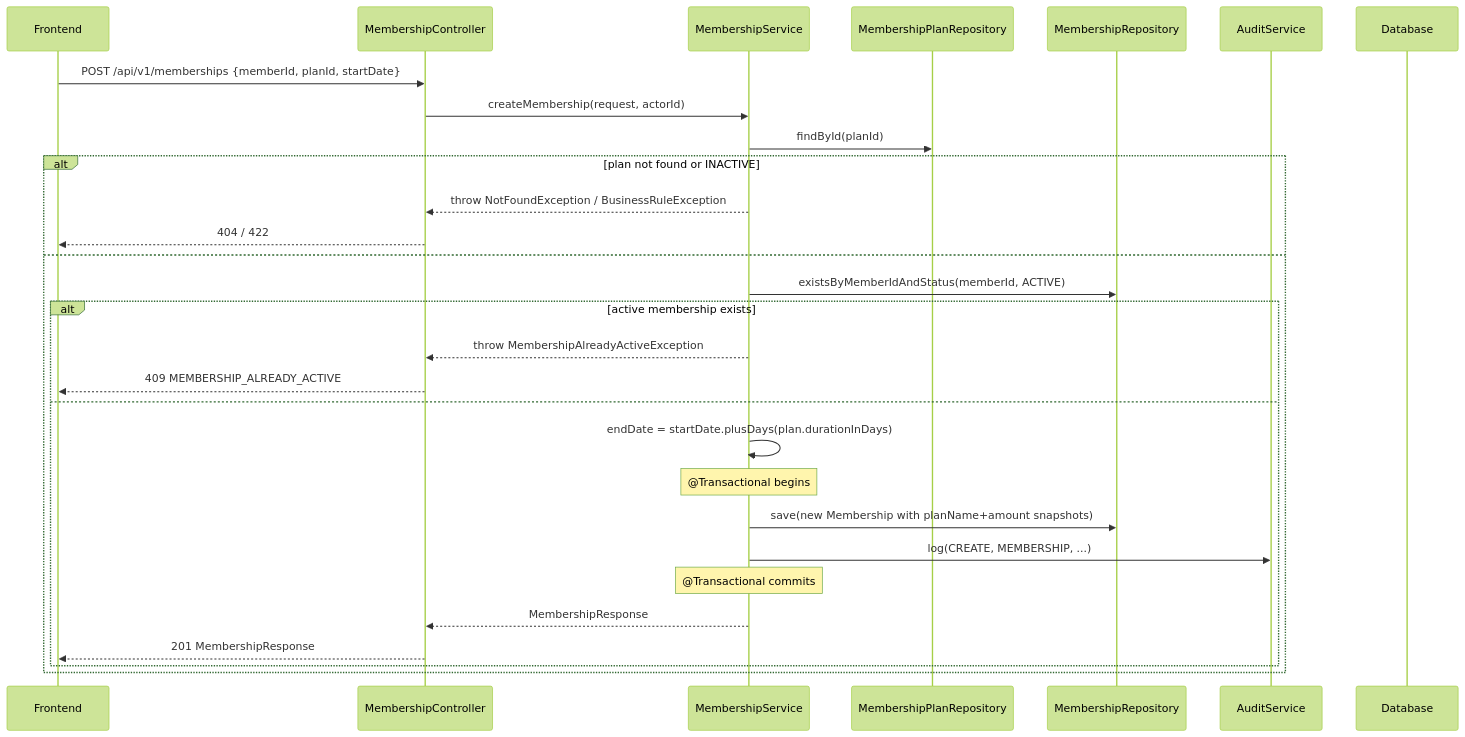
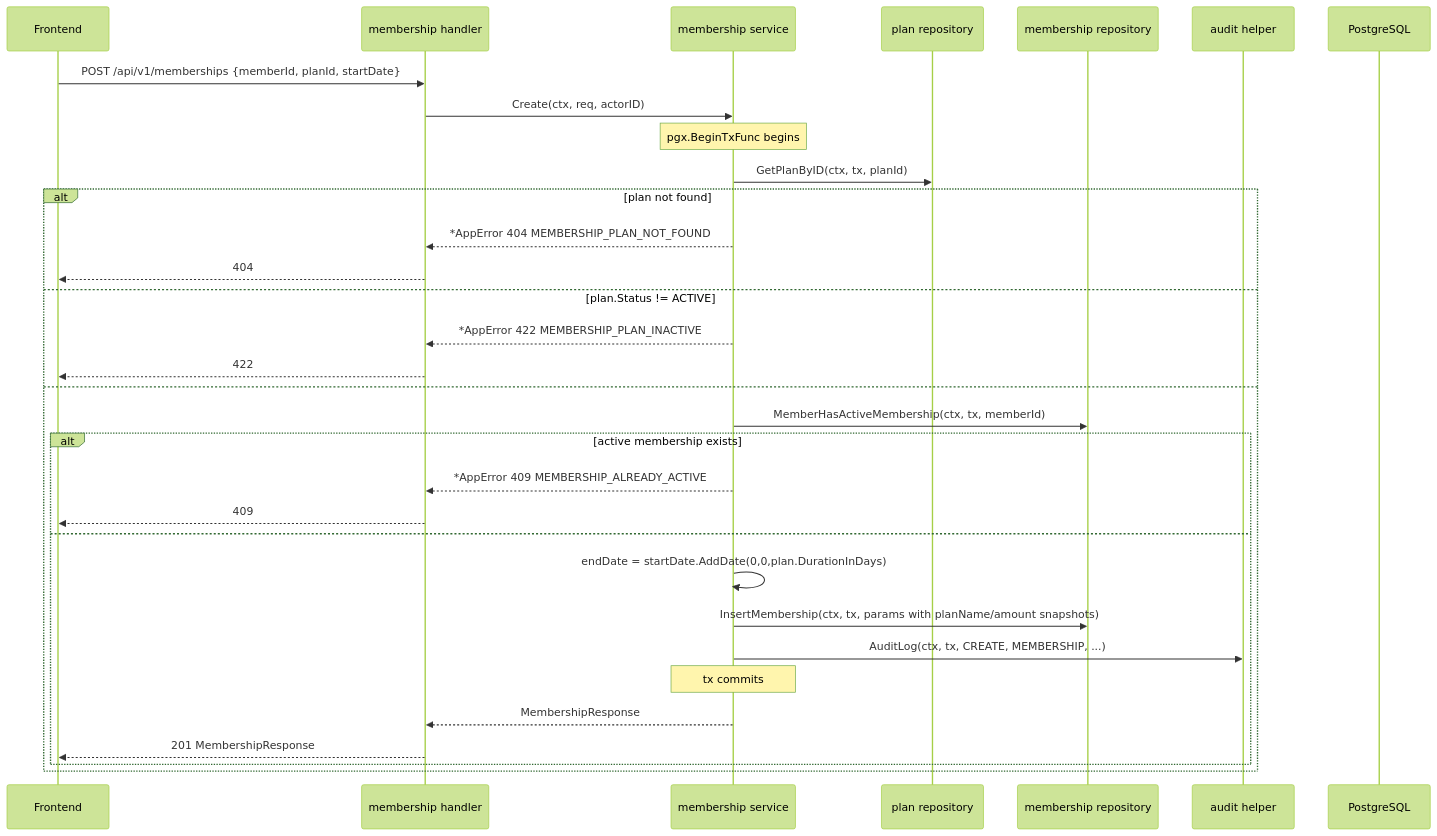
The second of 5 diagrams in backend/docs/06-backend-lld.md (sidpd51/gym-app), drawn with Mermaid (forest theme) before and after one commit. The commit also changed other lines of this file and 5 other files, not shown here.

Commit message:
Migrate backend architecture documentation from Java/Spring Boot to Go

````diff
--- a/backend/docs/06-backend-lld.md
+++ b/backend/docs/06-backend-lld.md
@@ -724,32 +734,35 @@
 ```mermaid
 sequenceDiagram
     participant FE as Frontend
-    participant C as MembershipController
-    participant S as MembershipService
-    participant PR as MembershipPlanRepository
-    participant MR as MembershipRepository
-    participant A as AuditService
-    participant DB as Database
+    participant H as membership handler
+    participant S as membership service
+    participant PR as plan repository
+    participant MR as membership repository
+    participant A as audit helper
+    participant DB as PostgreSQL
 
-    FE->>C: POST /api/v1/memberships {memberId, planId, startDate}
-    C->>S: createMembership(request, actorId)
-    S->>PR: findById(planId)
-    alt plan not found or INACTIVE
-        S-->>C: throw NotFoundException / BusinessRuleException
-        C-->>FE: 404 / 422
+    FE->>H: POST /api/v1/memberships {memberId, planId, startDate}
+    H->>S: Create(ctx, req, actorID)
+    note over S: pgx.BeginTxFunc begins
+    S->>PR: GetPlanByID(ctx, tx, planId)
+    alt plan not found
+        S-->>H: *AppError 404 MEMBERSHIP_PLAN_NOT_FOUND
+        H-->>FE: 404
+    else plan.Status != ACTIVE
+        S-->>H: *AppError 422 MEMBERSHIP_PLAN_INACTIVE
+        H-->>FE: 422
     else
-        S->>MR: existsByMemberIdAndStatus(memberId, ACTIVE)
+        S->>MR: MemberHasActiveMembership(ctx, tx, memberId)
         alt active membership exists
-            S-->>C: throw MembershipAlreadyActiveException
-            C-->>FE: 409 MEMBERSHIP_ALREADY_ACTIVE
+            S-->>H: *AppError 409 MEMBERSHIP_ALREADY_ACTIVE
+            H-->>FE: 409
         else
-            S->>S: endDate = startDate.plusDays(plan.durationInDays)
-            note over S: @Transactional begins
-            S->>MR: save(new Membership with planName+amount snapshots)
-            S->>A: log(CREATE, MEMBERSHIP, ...)
-            note over S: @Transactional commits
-            S-->>C: MembershipResponse
-            C-->>FE: 201 MembershipResponse
+            S->>S: endDate = startDate.AddDate(0,0,plan.DurationInDays)
+            S->>MR: InsertMembership(ctx, tx, params with planName/amount snapshots)
+            S->>A: AuditLog(ctx, tx, CREATE, MEMBERSHIP, ...)
+            note over S: tx commits
+            S-->>H: MembershipResponse
+            H-->>FE: 201 MembershipResponse
         end
     end
 ```
````
